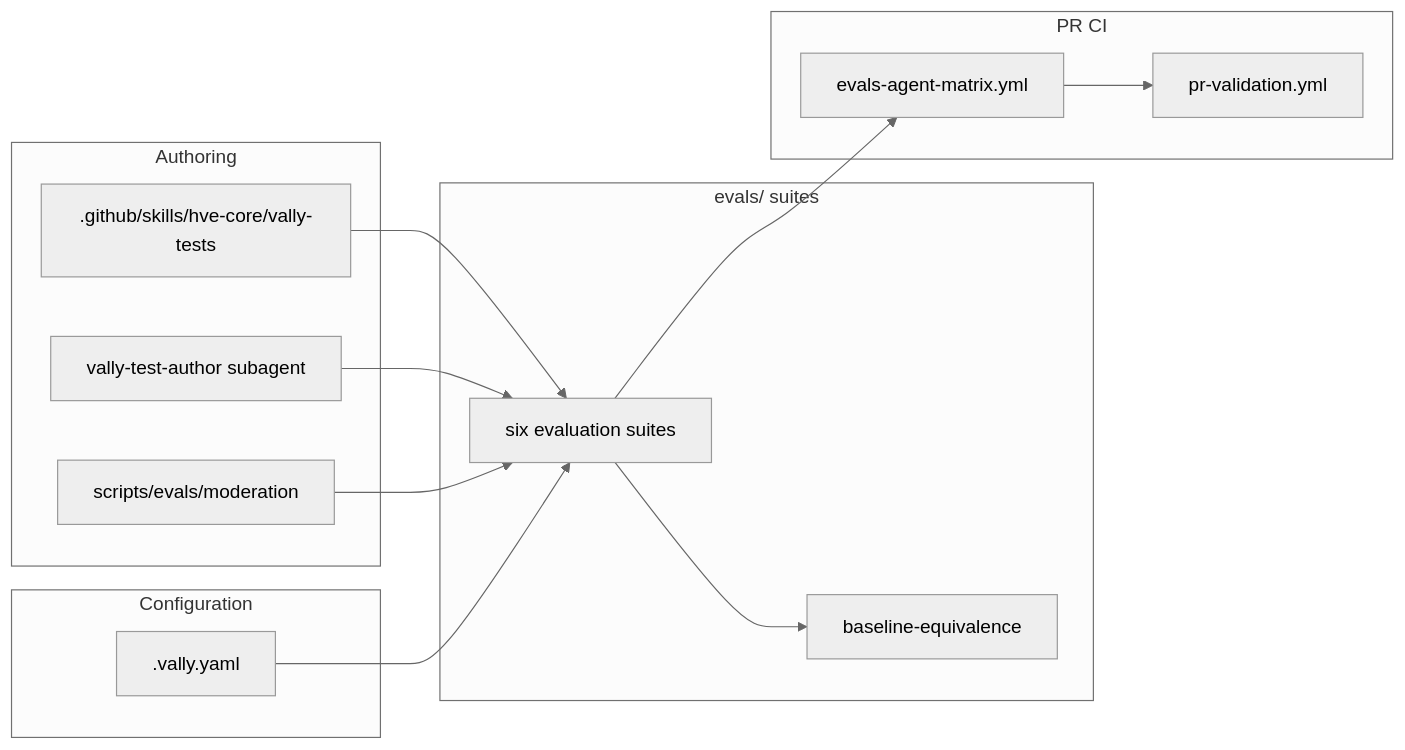
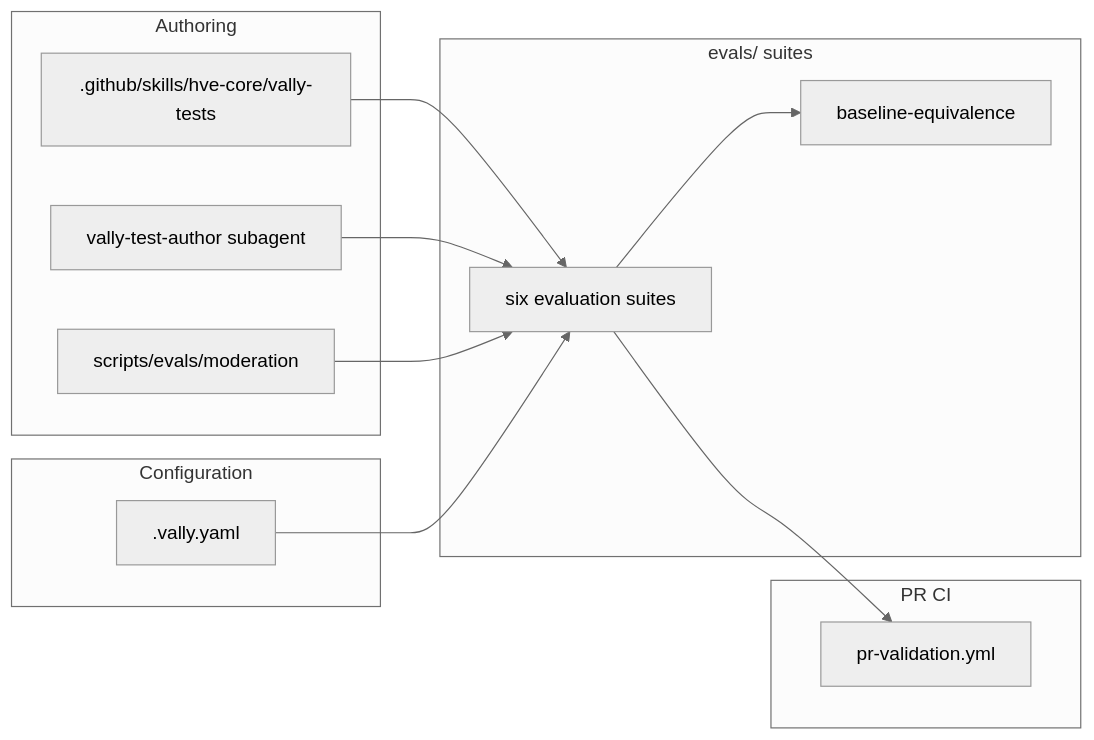
One commit to microsoft/hve-core changed the diagram in docs/planning/adrs/0002-adopt-vally-as-agent-and-skill-behavior-evaluation-framework.md. Above: the diagram before and after it, drawn with Mermaid (neutral theme). The commit also changed other lines of this file, not shown here.

First line of the commit message:
fix(adrs): correct eval matrix workflow references in ADR 0002

````diff
--- a/docs/planning/adrs/0002-adopt-vally-as-agent-and-skill-behavior-evaluation-framework.md
+++ b/docs/planning/adrs/0002-adopt-vally-as-agent-and-skill-behavior-evaluation-framework.md
@@ -282,30 +280,28 @@
 ```mermaid
 flowchart LR
     subgraph Authoring["Authoring"]
         skill[".github/skills/hve-core/vally-tests"]
         subagent["vally-test-author subagent"]
         moderation["scripts/evals/moderation"]
     end
 
     subgraph Config["Configuration"]
         vally[".vally.yaml"]
     end
 
     subgraph Suites["evals/ suites"]
         suiteTree["six evaluation suites"]
         baseline["baseline-equivalence"]
     end
 
     subgraph CI["PR CI"]
-        matrix["evals-agent-matrix.yml"]
         prval["pr-validation.yml"]
     end
 
     skill --> suiteTree
     subagent --> suiteTree
     moderation --> suiteTree
     vally --> suiteTree
     suiteTree --> baseline
-    suiteTree --> matrix
-    matrix --> prval
+    suiteTree --> prval
 ```
````
